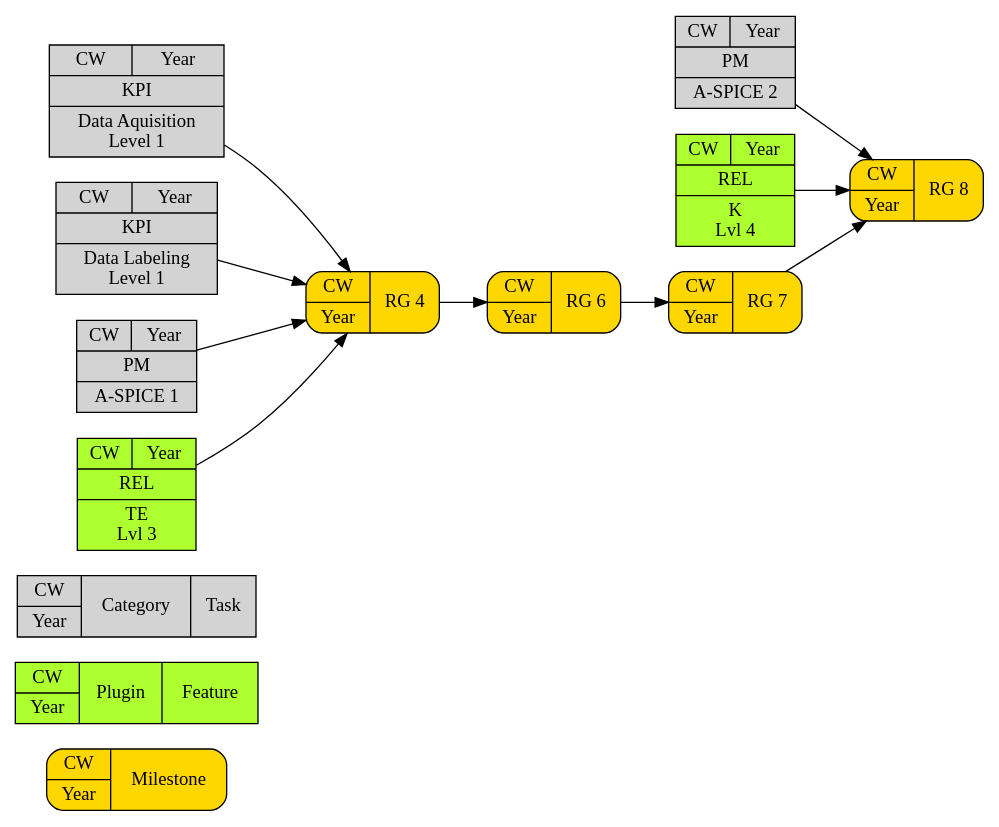
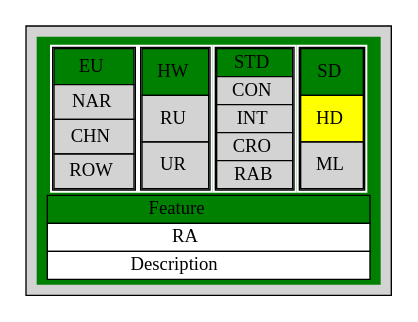
Before and after one commit to mikemoik/app7seg: the diagram in src/test.dot, drawn with Graphviz.

```diff
--- a/src/test.dot
+++ b/src/test.dot
@@ -1,59 +1,166 @@
-digraph RG20_Milestones_main {
+digraph RG20_FRP_main {
 
-rankdir=LR
+//rankdir=LR
 
-subgraph Legend {
+subgraph Cluster_1 {
   style=filled;
+  // FEATURES
+  node [shape=record, style=filled, fillcolor=green];
+  Feature_HTML
+  [
+      shape = none
+      label = <<table border="0" cellspacing="0">
+              <tr><td><table border="0" cellspacing="0">
+                <tr>
+                  <td port="market" border="0" bgcolor="white">
+                  <table border="1" cellspacing="0">
+                    <tr><td bgcolor="green">EU</td></tr>
+                    <tr><td bgcolor="lightgrey">NAR</td></tr>
+                    <tr><td bgcolor="lightgrey">CHN</td></tr>
+                    <tr><td bgcolor="lightgrey">ROW</td></tr>
+                  </table></td>
+                  <td port="scenario" border="0" bgcolor="white">
+                  <table border="1" cellspacing="0">
+                    <tr><td bgcolor="green">HW</td></tr>
+                    <tr><td bgcolor="lightgrey">RU</td></tr>
+                    <tr><td bgcolor="lightgrey">UR</td></tr>
+                  </table></td>
+                  <td port="subscenario" border="0" bgcolor="white">
+                  <table border="1" cellspacing="0">
+                    <tr><td bgcolor="green">STD</td></tr>
+                    <tr><td bgcolor="lightgrey">CON</td></tr>
+                    <tr><td bgcolor="lightgrey">INT</td></tr>
+                    <tr><td bgcolor="lightgrey">CRO</td></tr>
+                    <tr><td bgcolor="lightgrey">RAB</td></tr>
+                  </table></td>
+                  <td port="resolution" border="0" bgcolor="white">
+                  <table border="1" cellspacing="0">
+                    <tr><td bgcolor="green">SD</td></tr>
+                    <tr><td bgcolor="yellow">HD</td></tr>
+                    <tr><td bgcolor="lightgrey">ML</td></tr>
+                  </table></td>
+                </tr>
+              </table></td></tr>
+              <tr>
+                <td port="stereotype" border="1" bgcolor="green">
+                  Feature
+                </td>
+              </tr>
+              <tr>
+                <td port="plugin" border="1" bgcolor="white">
+                  RA
+                </td>
+              </tr>
+              <tr>
+                <td port="description" border="1" bgcolor="white">
+                  Description
+                </td>
+              </tr>
+      </table>>
+  ]
+}
+//subgraph Legend {
+//  style=filled;
+//
+//  // MILESTONES
+//  node [shape=Mrecord, style=filled, fillcolor=gold];
+//  Milestone [label="{ {CW | Year} | Milestone}"];
+//
+//  // FEATURES
+//  node [shape=record, style=filled, fillcolor=green];
+//  Feature_HTML
+//  [
+//      shape = none
+//      label = <<table border="0" cellspacing="0">
+//              <tr><td><table border="0" cellspacing="0">
+//                <tr>
+//                  <td port="market" border="0" bgcolor="white">
+//                  <table border="1" cellspacing="0">
+//                    <tr><td bgcolor="green">EU</td></tr>
+//                    <tr><td bgcolor="lightgrey">NAR</td></tr>
+//                    <tr><td bgcolor="lightgrey">CHN</td></tr>
+//                    <tr><td bgcolor="lightgrey">ROW</td></tr>
+//                  </table></td>
+//                  <td port="scenario" border="0" bgcolor="white">
+//                  <table border="1" cellspacing="0">
+//                    <tr><td bgcolor="green">HW</td></tr>
+//                    <tr><td bgcolor="lightgrey">RU</td></tr>
+//                    <tr><td bgcolor="lightgrey">UR</td></tr>
+//                  </table></td>
+//                  <td port="subscenario" border="0" bgcolor="white">
+//                  <table border="1" cellspacing="0">
+//                    <tr><td bgcolor="green">STD</td></tr>
+//                    <tr><td bgcolor="lightgrey">CON</td></tr>
+//                    <tr><td bgcolor="lightgrey">INT</td></tr>
+//                    <tr><td bgcolor="lightgrey">CRO</td></tr>
+//                    <tr><td bgcolor="lightgrey">RAB</td></tr>
+//                  </table></td>
+//                  <td port="resolution" border="0" bgcolor="white">
+//                  <table border="1" cellspacing="0">
+//                    <tr><td bgcolor="green">SD</td></tr>
+//                    <tr><td bgcolor="yellow">HD</td></tr>
+//                    <tr><td bgcolor="lightgrey">ML</td></tr>
+//                  </table></td>
+//                </tr>
+//              </table></td></tr>
+//              <tr>
+//                <td port="stereotype" border="1" bgcolor="green">
+//                  Feature
+//                </td>
+//              </tr>
+//              <tr>
+//                <td port="plugin" border="1" bgcolor="white">
+//                  RA
+//                </td>
+//              </tr>
+//              <tr>
+//                <td port="description" border="1" bgcolor="white">
+//                  Description
+//                </td>
+//              </tr>
+//      </table>>
+//  ]
+//  // TASKS
+//  node [shape=record, style=filled, fillcolor=lightgrey];
+//  Task [label="{ {CW | Year} | Category | Task}"];
+//
+//  label = "Legend";
+//}
 
-  // MILESTONES
-  node [shape=Mrecord, style=filled, fillcolor=gold];
-  Milestone [label="{ {CW | Year} | Milestone}"];
 
-  // FEATURES
-  node [shape=record, style=filled, fillcolor=greenyellow];
-  Feature [label="{ {CW | Year} | Plugin | Feature}"];
-
-  // TASKS
-  node [shape=record, style=filled, fillcolor=lightgrey];
-  Task [label="{ {CW | Year} | Category | Task}"];
-
-  label = "Legend";
-}
-
-subgraph RG20_Milestones {
-  label = "RG20 Milestones";
-
-  // MILESTONES
-  node [shape=Mrecord, style=filled, fillcolor=gold];
-
-  RG4 [label="{ {CW | Year} | RG 4}"];
-  RG6 [label="{ {CW | Year} | RG 6}"];
-  RG7 [label="{ {CW | Year} | RG 7}"];
-  RG8 [label="{ {CW | Year} | RG 8}"];
-
-  RG4 -> RG6 -> RG7 -> RG8;
-
-  // TASKS
-  node [shape=record, style=filled, fillcolor=lightgrey];
-  // data
-  t01 [label="{ {{CW | Year} | KPI | Data Aquisition \n Level 1}}"];
-  t02 [label="{ {{CW | Year} | KPI | Data Labeling \n Level 1}}"];
-  t01 -> RG4;
-  t02 -> RG4;
-  // spice
-  t03 [label="{ {{CW | Year} | PM | A-SPICE 1}}"];
-  t03 -> RG4;
-  t04 [label="{ {{CW | Year} | PM | A-SPICE 2}}"];
-  t04 -> RG8;
-  // release
-  node [shape=record, style=filled, fillcolor=greenyellow];
-  t05 [label="{ {{CW | Year} | REL | TE \n Lvl 3}}"];
-  t05 -> RG4;
-  t06 [label="{ {{CW | Year} | REL | K \n Lvl 4}}"];
-  t06 -> RG8;
-
-  // FEATURES
-  node [shape=record, style=filled, fillcolor=greenyellow];
-}
+//subgraph RG20_Milestones {
+//  label = "RG20 Milestones";
+//  // MILESTONES
+//  node [shape=Mrecord, style=filled, fillcolor=gold];
+//
+//  RG4 [label="{ {CW | Year} | RG 4}"];
+//  RG6 [label="{ {CW | Year} | RG 6}"];
+//  RG7 [label="{ {CW | Year} | RG 7}"];
+//  RG8 [label="{ {CW | Year} | RG 8}"];
+//
+//  RG4 -> RG6 -> RG7 -> RG8;
+//
+//  // TASKS
+//  node [shape=record, style=filled, fillcolor=lightgrey];
+//  // data
+//  t01 [label="{ {{CW | Year} | KPI | Data Aquisition \n Level 1}}"];
+//  t02 [label="{ {{CW | Year} | KPI | Data Labeling \n Level 1}}"];
+//  t01 -> RG4;
+//  t02 -> RG4;
+//  // spice
+//  t03 [label="{ {{CW | Year} | PM | A-SPICE 1}}"];
+//  t03 -> RG4;
+//  t04 [label="{ {{CW | Year} | PM | A-SPICE 2}}"];
+//  t04 -> RG8;
+//  // release
+//  node [shape=record, style=filled, fillcolor=greenyellow];
+//  t05 [label="{ {{CW | Year} | REL | TE \n Lvl 3}}"];
+//  t05 -> RG4;
+//  t06 [label="{ {{CW | Year} | REL | K \n Lvl 4}}"];
+//  t06 -> RG8;
+//
+//  // FEATURES
+//  node [shape=record, style=filled, fillcolor=greenyellow];
+//}
 
 }
```
